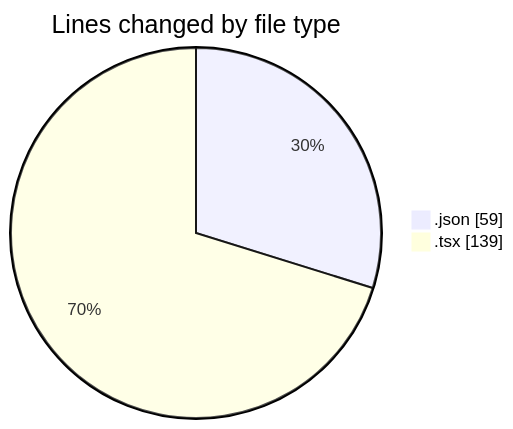
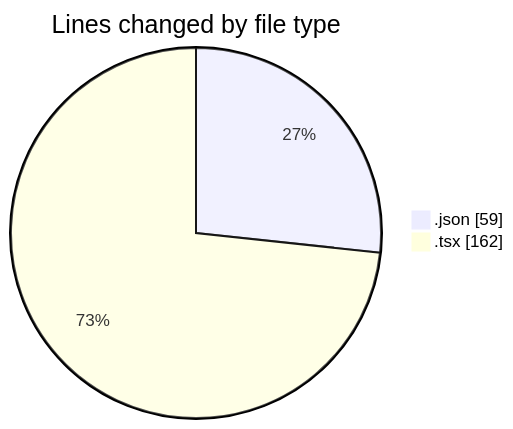
The first of 2 diagrams in 2025-11-19/cda/README.md (momahboobian/code-tracking), drawn with Mermaid before and after one commit. The commit also changed other lines of this file and 1 other file, not shown here.

````diff
--- a/2025-11-19/cda/README.md
+++ b/2025-11-19/cda/README.md
@@ -21,6 +21,6 @@
 ```mermaid
 pie showData
 title Lines changed by file type
 ".json" : 59
-".tsx" : 139
+".tsx" : 162
 ```
````
